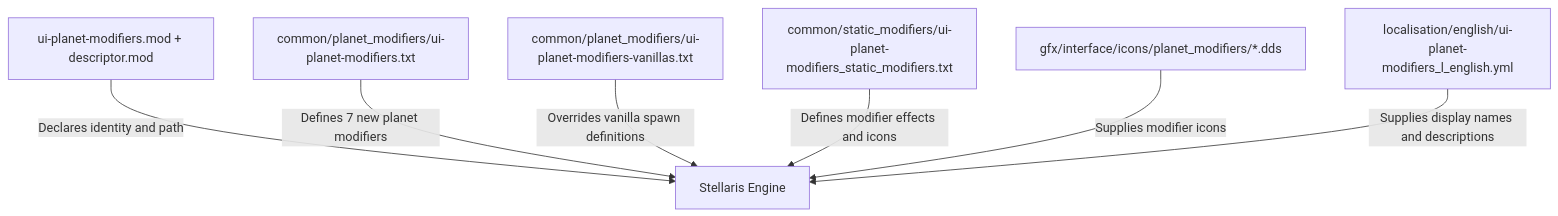
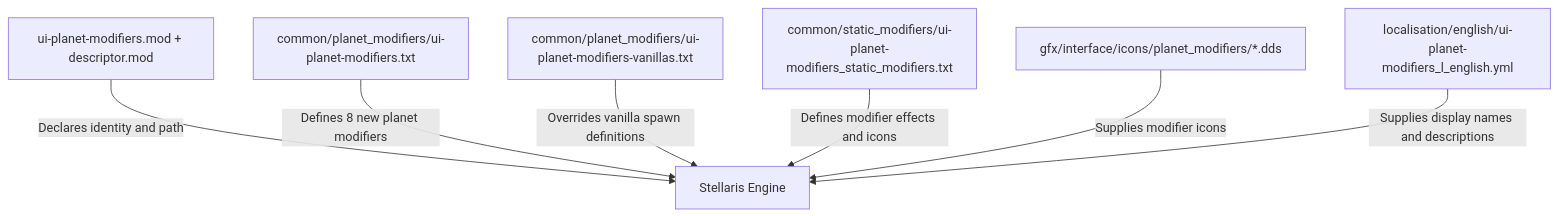
Before and after one commit to hmlendea/stellaris-ui-planet-modifiers: the second of 6 diagrams in ARCHITECTURE.md, drawn with Mermaid. The commit also changed other lines of this file and 28 other files, not shown here.

````diff
--- a/ARCHITECTURE.md
+++ b/ARCHITECTURE.md
@@ -67,9 +67,9 @@
 ```mermaid
 flowchart TB
     Descriptors[ui-planet-modifiers.mod + descriptor.mod] -->|Declares identity and path| Engine[Stellaris Engine]
-    NewDefs[common/planet_modifiers/ui-planet-modifiers.txt] -->|Defines 7 new planet modifiers| Engine
+    NewDefs[common/planet_modifiers/ui-planet-modifiers.txt] -->|Defines 8 new planet modifiers| Engine
     Overrides[common/planet_modifiers/ui-planet-modifiers-vanillas.txt] -->|Overrides vanilla spawn definitions| Engine
     Statics[common/static_modifiers/ui-planet-modifiers_static_modifiers.txt] -->|Defines modifier effects and icons| Engine
     Icons[gfx/interface/icons/planet_modifiers/*.dds] -->|Supplies modifier icons| Engine
     Loc[localisation/english/ui-planet-modifiers_l_english.yml] -->|Supplies display names and descriptions| Engine
 ```
````
